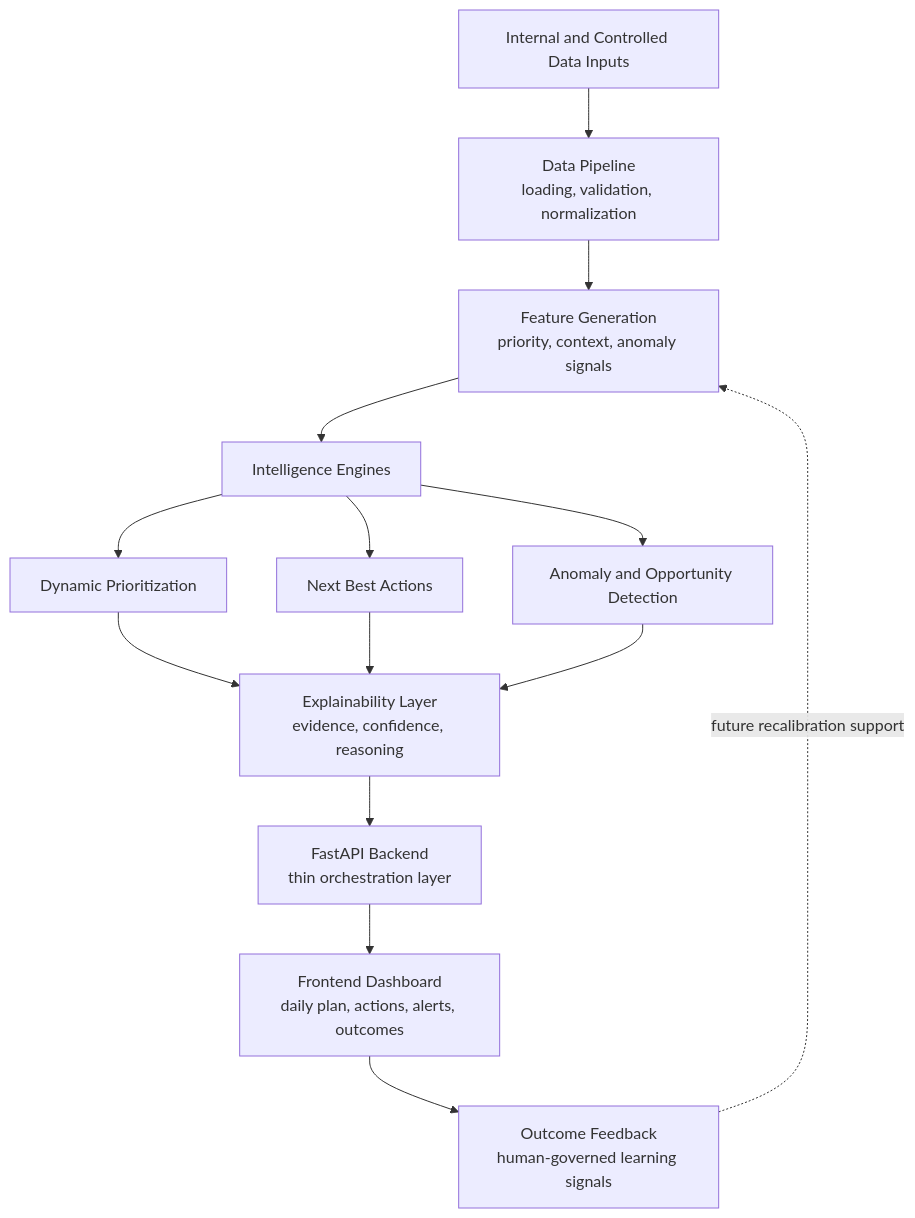
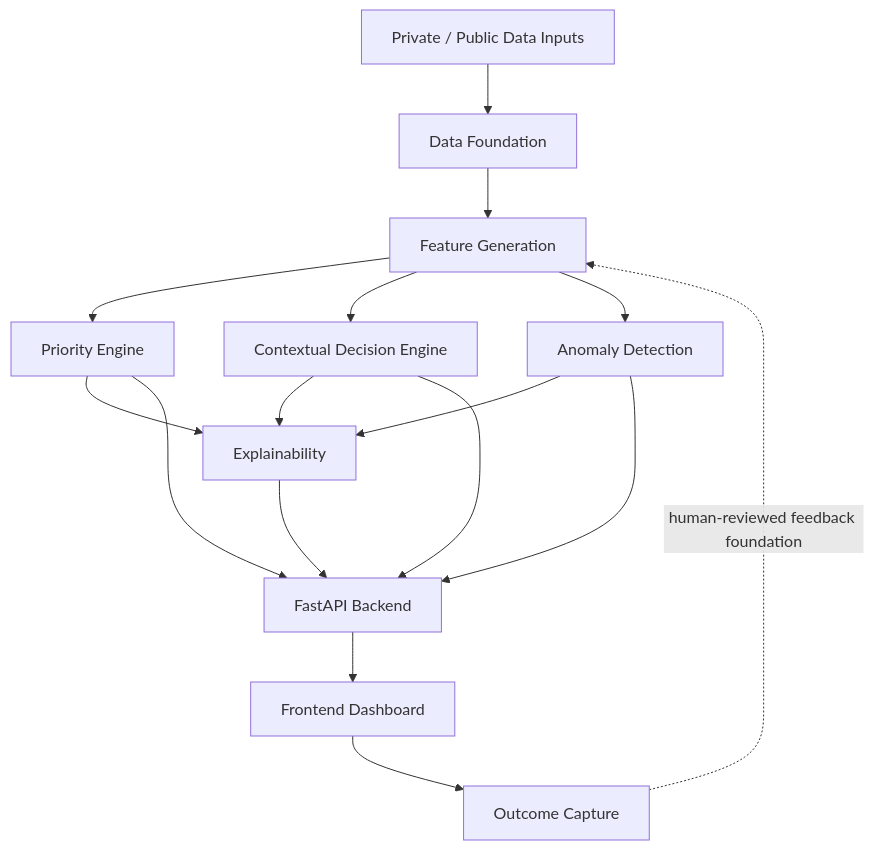
Before and after one commit to git4alauddin/KshetraAI: the diagram in README.md, drawn with Mermaid. The commit also changed other lines of this file and 13 other files, not shown here.

````diff
--- a/README.md
+++ b/README.md
@@ -15,30 +75,18 @@
 ```mermaid
 flowchart TD
-
-    A["Internal and Controlled Data Inputs"]
-    B["Data Pipeline<br/>loading, validation, normalization"]
-    C["Feature Generation<br/>priority, context, anomaly signals"]
-    D["Intelligence Engines"]
-    D1["Dynamic Prioritization"]
-    D2["Next Best Actions"]
-    D3["Anomaly and Opportunity Detection"]
-    E["Explainability Layer<br/>evidence, confidence, reasoning"]
-    F["FastAPI Backend<br/>thin orchestration layer"]
-    G["Frontend Dashboard<br/>daily plan, actions, alerts, outcomes"]
-    H["Outcome Feedback<br/>human-governed learning signals"]
-
-    A --> B
-    B --> C
-    C --> D
-    D --> D1
-    D --> D2
-    D --> D3
-    D1 --> E
-    D2 --> E
-    D3 --> E
-    E --> F
+    A["Private / Public Data Inputs"] --> B["Data Foundation"]
+    B --> C["Feature Generation"]
+    C --> D["Priority Engine"]
+    C --> E["Contextual Decision Engine"]
+    C --> F["Anomaly Detection"]
+    D --> G["Explainability"]
+    E --> G
     F --> G
+    D --> H["FastAPI Backend"]
+    E --> H
+    F --> H
     G --> H
-    H -. "future recalibration support" .-> C
-
+    H --> I["Frontend Dashboard"]
+    I --> J["Outcome Capture"]
+    J -. "human-reviewed feedback foundation" .-> C
 ```
````
